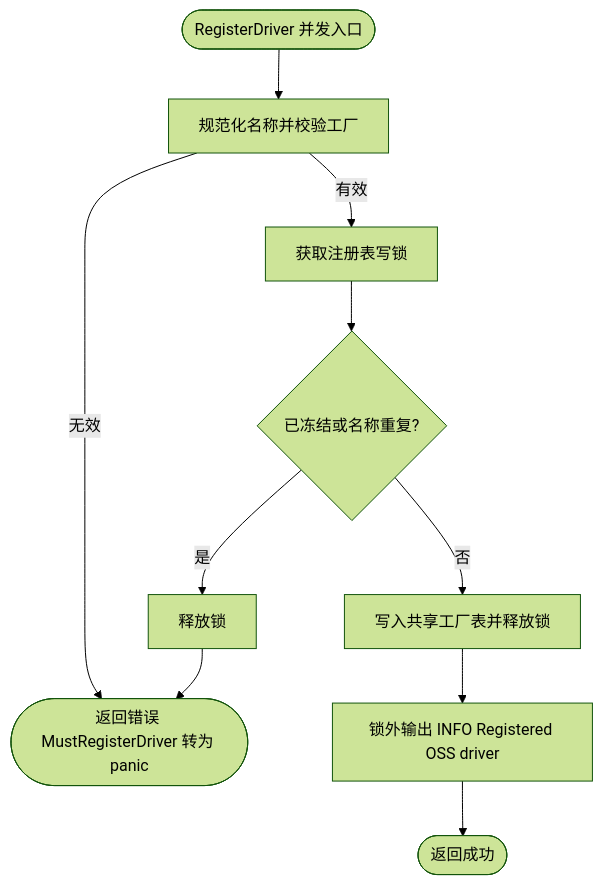
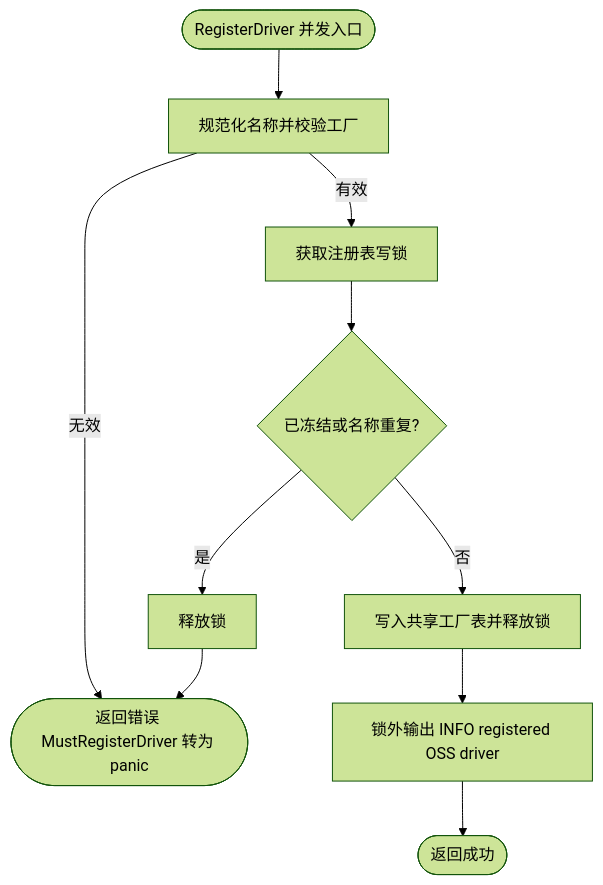
The first of 4 diagrams in pkg/oss/README.md (jaggerzhuang1994/kratos-foundation), drawn with Mermaid (forest theme) before and after one commit. The commit also changed other lines of this file and 59 other files, not shown here.

````diff
--- a/pkg/oss/README.md
+++ b/pkg/oss/README.md
@@ -40,12 +40,12 @@
 ```mermaid
 flowchart TD
     A([RegisterDriver 并发入口]) --> B[规范化名称并校验工厂]
     B -- 无效 --> C([返回错误 MustRegisterDriver 转为 panic])
     B -- 有效 --> D[获取注册表写锁]
     D --> E{已冻结或名称重复?}
     E -- 是 --> F[释放锁]
     F --> C
     E -- 否 --> G[写入共享工厂表并释放锁]
-    G --> H[锁外输出 INFO Registered OSS driver]
+    G --> H[锁外输出 INFO registered OSS driver]
     H --> I([返回成功])
 ```
````
